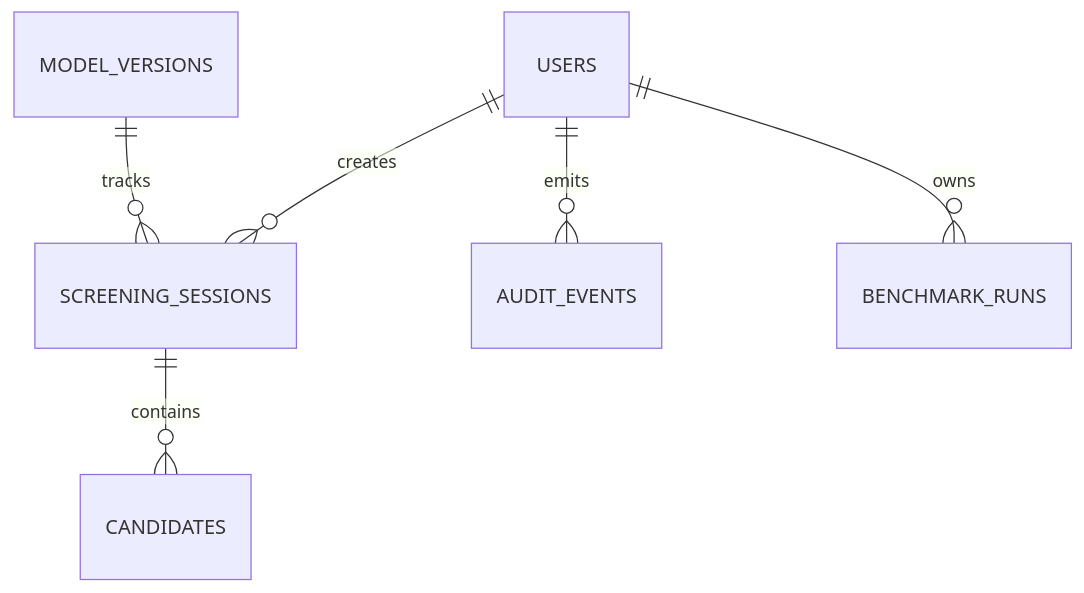
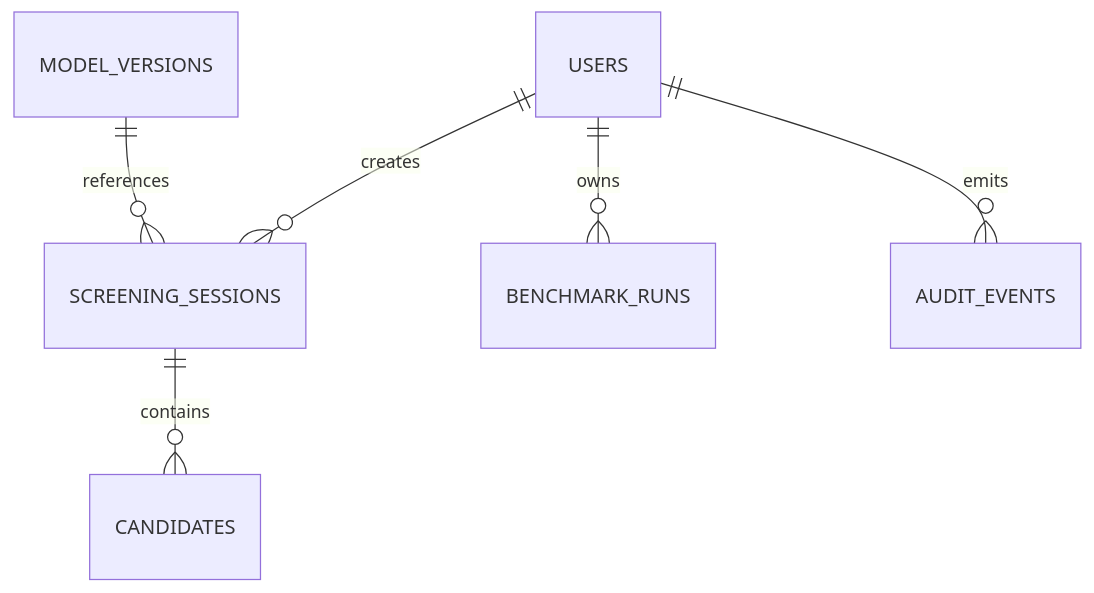
The third of 3 diagrams in README.md (Eslamelzamkan/talent-scout-screening), drawn with Mermaid before and after one commit. The commit also changed other lines of this file, not shown here.

Commit message:
Revise README to match current architecture and setup

````diff
--- a/README.md
+++ b/README.md
@@ -72,8 +77,8 @@
 ```mermaid
 erDiagram
     USERS ||--o{ SCREENING_SESSIONS : creates
     SCREENING_SESSIONS ||--o{ CANDIDATES : contains
-    MODEL_VERSIONS ||--o{ SCREENING_SESSIONS : tracks
+    MODEL_VERSIONS ||--o{ SCREENING_SESSIONS : references
+    USERS ||--o{ BENCHMARK_RUNS : owns
     USERS ||--o{ AUDIT_EVENTS : emits
-    USERS ||--o{ BENCHMARK_RUNS : owns
 ```
````
